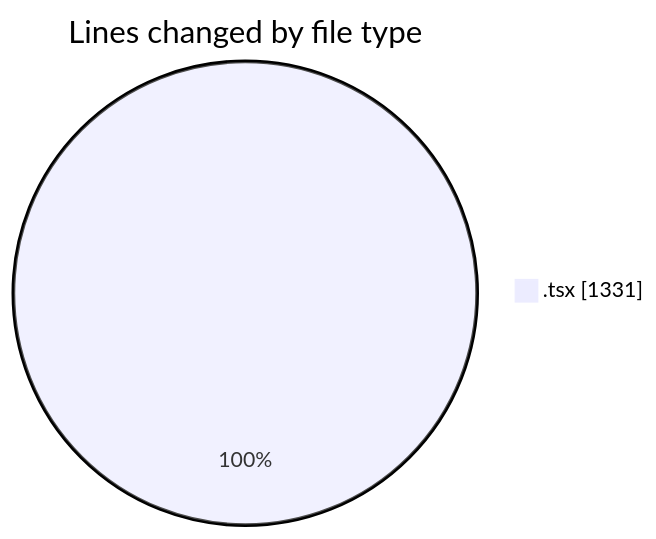
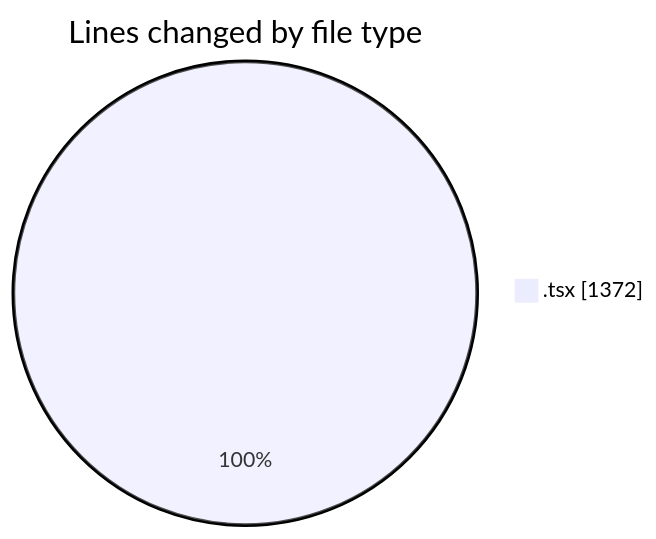
The first of 2 diagrams in 2025-05-03/niten/README.md (Elitesun/code-tracking), drawn with Mermaid before and after one commit. The commit also changed other lines of this file and 1 other file, not shown here.

````diff
--- a/2025-05-03/niten/README.md
+++ b/2025-05-03/niten/README.md
@@ -23,5 +23,5 @@
 ```mermaid
 pie showData
 title Lines changed by file type
-".tsx" : 1331
+".tsx" : 1372
 ```
````
